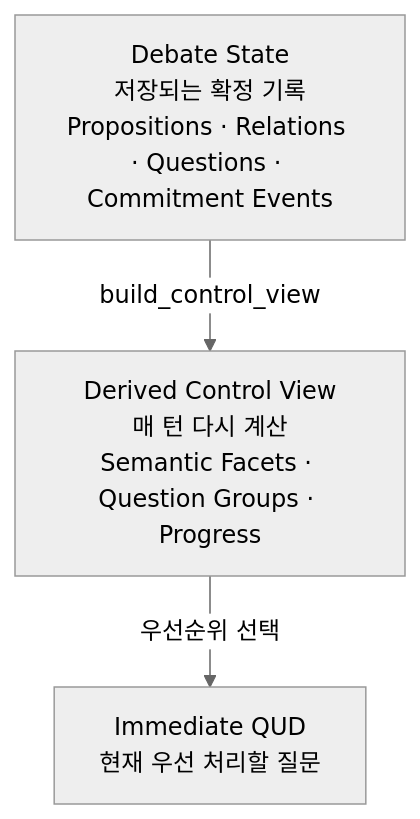
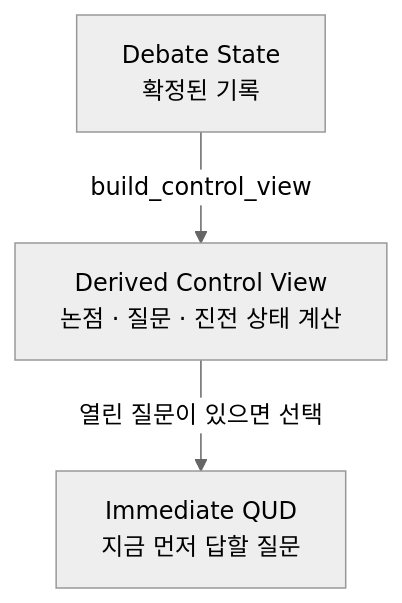
The fifth of 11 diagrams in README.md (hodob/A1-3), drawn with Mermaid (neutral theme) before and after one commit. The commit also changed other lines of this file, not shown here.

Commit message:
docs: rewrite debate state section for clarity

````diff
--- a/README.md
+++ b/README.md
@@ -239,9 +281,9 @@
 ```mermaid
 flowchart TD
-    S[Debate State<br/>저장되는 확정 기록<br/>Propositions · Relations · Questions · Commitment Events]
-    V[Derived Control View<br/>매 턴 다시 계산<br/>Semantic Facets · Question Groups · Progress]
-    Q[Immediate QUD<br/>현재 우선 처리할 질문]
+    S[Debate State<br/>확정된 기록]
+    V[Derived Control View<br/>논점 · 질문 · 진전 상태 계산]
+    Q[Immediate QUD<br/>지금 먼저 답할 질문]
 
     S -->|build_control_view| V
-    V -->|우선순위 선택| Q
+    V -->|열린 질문이 있으면 선택| Q
 ```
````
